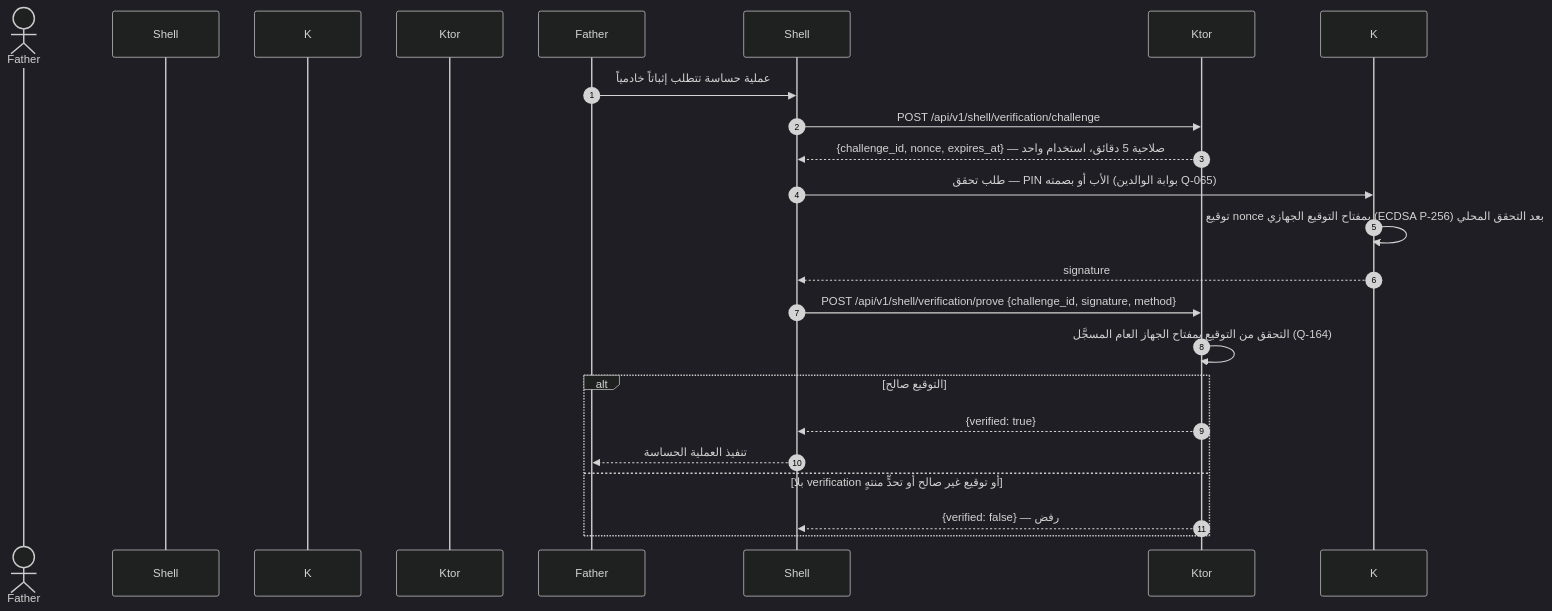
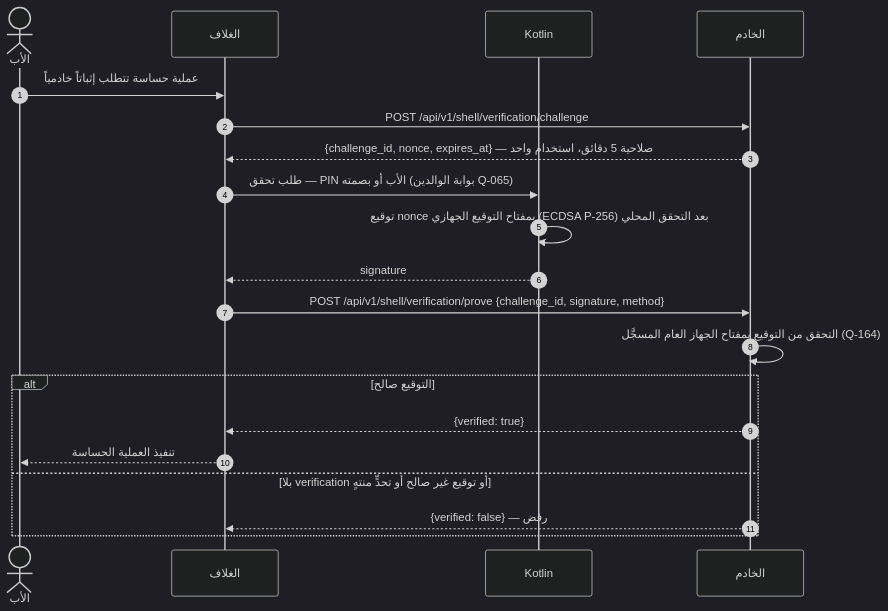
One commit to Bassam-mohammed-alqaeadi/family-os-v2 changed the seventh of 13 diagrams in docs/family-os/governance/phases/phase-1/S1-01-app-shell-and-platform/DIAGRAMS.md. Above: the diagram before and after it, drawn with Mermaid (dark theme). The commit also changed other lines of this file and 10 other files, not shown here.

Commit message:
إغلاق المراجعة الشاملة R1–R5 (Q-196…Q-231) — المخططات DIAGRAMS + خريطة السياق (2/4)

````diff
--- a/docs/family-os/governance/phases/phase-1/S1-01-app-shell-and-platform/DIAGRAMS.md
+++ b/docs/family-os/governance/phases/phase-1/S1-01-app-shell-and-platform/DIAGRAMS.md
@@ -235,22 +241,22 @@
 ```mermaid
 sequenceDiagram
     autonumber
-    actor الأب as Father
-    participant الغلاف as Shell
-    participant Kotlin as K
-    participant الخادم as Ktor
+    actor Father as الأب
+    participant Shell as الغلاف
+    participant K as Kotlin
+    participant Ktor as الخادم
     Father->>Shell: عملية حساسة تتطلب إثباتاً خادمياً
     Shell->>Ktor: POST /api/v1/shell/verification/challenge
     Ktor-->>Shell: {challenge_id, nonce, expires_at} — صلاحية 5 دقائق، استخدام واحد
     Shell->>K: طلب تحقق — PIN الأب أو بصمته (بوابة الوالدين Q-065)
     K->>K: توقيع nonce بمفتاح التوقيع الجهازي (ECDSA P-256) بعد التحقق المحلي
     K-->>Shell: signature
     Shell->>Ktor: POST /api/v1/shell/verification/prove {challenge_id, signature, method}
     Ktor->>Ktor: التحقق من التوقيع بمفتاح الجهاز العام المسجَّل (Q-164)
     alt التوقيع صالح
         Ktor-->>Shell: {verified: true}
         Shell-->>Father: تنفيذ العملية الحساسة
     else بلا verification أو توقيع غير صالح أو تحدٍّ منتهٍ
         Ktor-->>Shell: {verified: false} — رفض
     end
 ```
````
